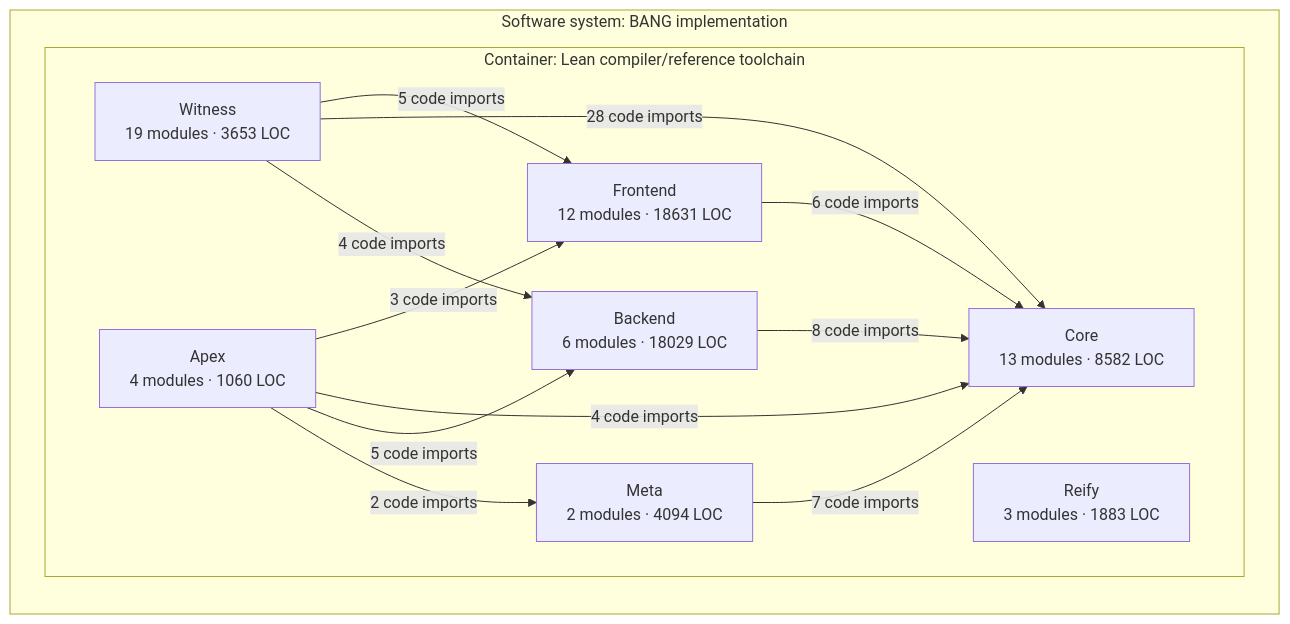
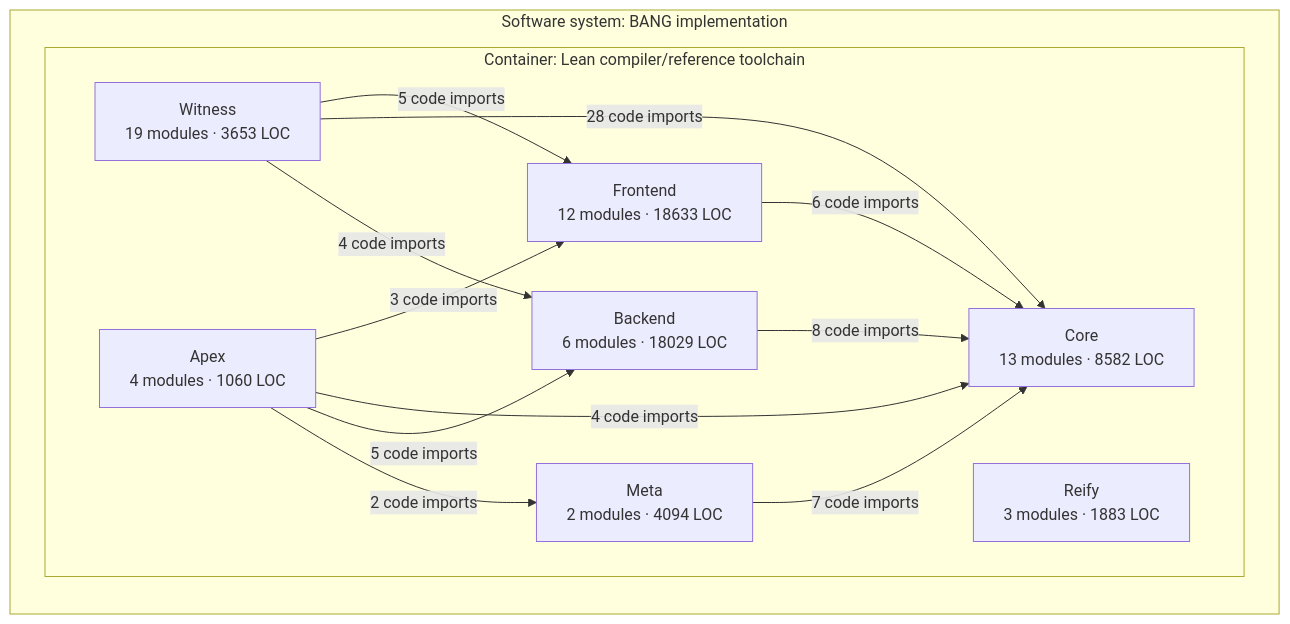
The third of 3 diagrams in docs/architecture/core-overview.md (phibkro/bang), drawn with Mermaid before and after one commit. The commit also changed other lines of this file and 15 other files, not shown here.

````diff
--- a/docs/architecture/core-overview.md
+++ b/docs/architecture/core-overview.md
@@ -160,24 +160,24 @@
 ```mermaid
 flowchart LR
   subgraph system_BANG["Software system: BANG implementation"]
     subgraph container_Lean_toolchain["Container: Lean compiler/reference toolchain"]
-      component_Frontend["Frontend<br/>12 modules · 18631 LOC"]
+      component_Frontend["Frontend<br/>12 modules · 18633 LOC"]
       component_Core["Core<br/>13 modules · 8582 LOC"]
       component_Backend["Backend<br/>6 modules · 18029 LOC"]
       component_Meta["Meta<br/>2 modules · 4094 LOC"]
       component_Witness["Witness<br/>19 modules · 3653 LOC"]
       component_Reify["Reify<br/>3 modules · 1883 LOC"]
       component_Apex["Apex<br/>4 modules · 1060 LOC"]
     end
   end
   component_Frontend -->|6 code imports| component_Core
   component_Backend -->|8 code imports| component_Core
   component_Meta -->|7 code imports| component_Core
   component_Witness -->|5 code imports| component_Frontend
   component_Witness -->|28 code imports| component_Core
   component_Witness -->|4 code imports| component_Backend
   component_Apex -->|3 code imports| component_Frontend
   component_Apex -->|4 code imports| component_Core
   component_Apex -->|5 code imports| component_Backend
   component_Apex -->|2 code imports| component_Meta
 ```
````
